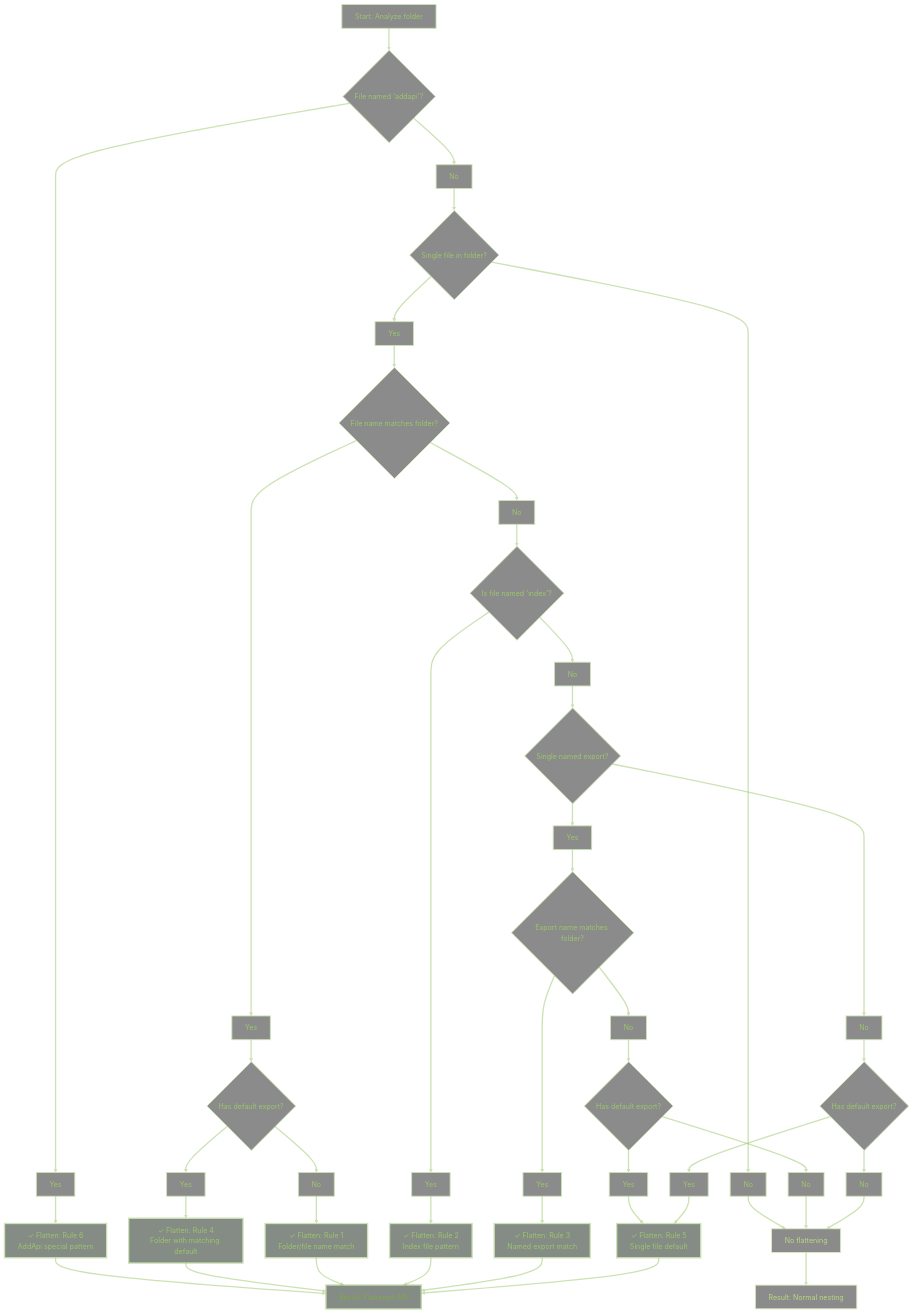
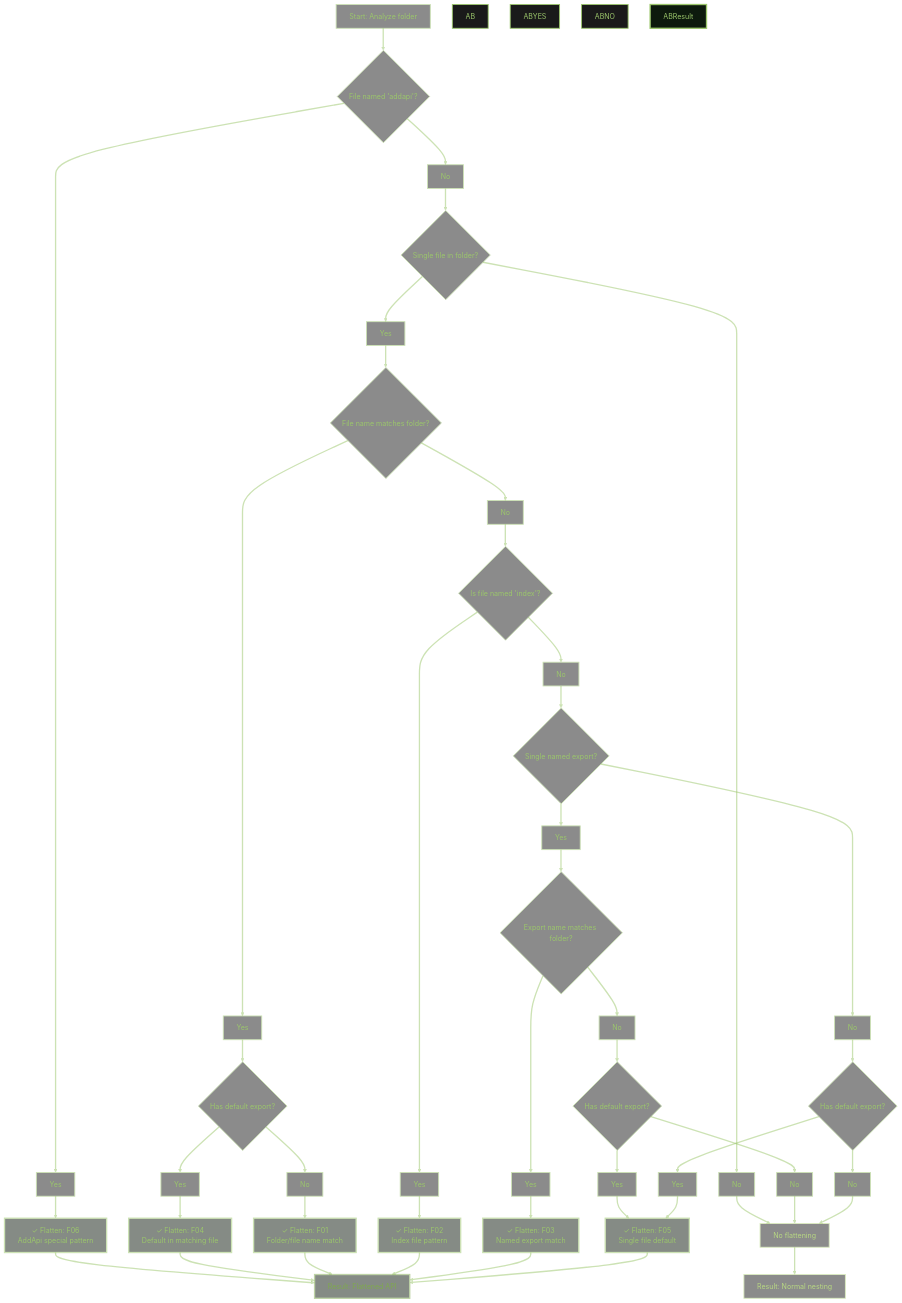
One commit to CLDMV/slothlet changed the diagram in docs/API-FLATTENING.md. Above: the diagram before and after it, drawn with Mermaid. The commit also changed other lines of this file and 2 other files, not shown here.

First line of the commit message:
docs: Comprehensive update to API documentation suite

````diff
--- a/docs/API-FLATTENING.md
+++ b/docs/API-FLATTENING.md
@@ -150,25 +342,25 @@
 ```mermaid
 flowchart TD
 	A[Start: Analyze folder] --> AA{File named 'addapi'?}
-	AA --> AAYES[Yes] --> AAResult[✓ Flatten: Rule 6<br/>AddApi special pattern]
+	AA --> AAYES[Yes] --> AAResult[✓ Flatten: F06<br/>AddApi special pattern]
 	AA --> AANO[No] --> B{Single file in folder?}
 
 	B --> BNO[No] --> Z[No flattening]
 	B --> BYES[Yes] --> C{File name matches folder?}
 
 	C --> CYES[Yes] --> D{Has default export?}
-	D --> DYES[Yes] --> E[✓ Flatten: Rule 4<br/>Folder with matching default]
-	D --> DNO[No] --> F[✓ Flatten: Rule 1<br/>Folder/file name match]
+	D --> DYES[Yes] --> E[✓ Flatten: F04<br/>Default in matching file]
+	D --> DNO[No] --> F[✓ Flatten: F01<br/>Folder/file name match]
 
 	C --> CNO[No] --> G{Is file named 'index'?}
-	G --> GYES[Yes] --> H[✓ Flatten: Rule 2<br/>Index file pattern]
+	G --> GYES[Yes] --> H[✓ Flatten: F02<br/>Index file pattern]
 	G --> GNO[No] --> I{Single named export?}
 
 	I --> IYES[Yes] --> J{Export name matches folder?}
-	J --> JYES[Yes] --> K[✓ Flatten: Rule 3<br/>Named export match]
+	J --> JYES[Yes] --> K[✓ Flatten: F03<br/>Named export match]
 	J --> JNO[No] --> L{Has default export?}
 
-	L --> LYES[Yes] --> M[✓ Flatten: Rule 5<br/>Single file default]
+	L --> LYES[Yes] --> M[✓ Flatten: F05<br/>Single file default]
 	L --> LNO[No] --> Z
 
 	I --> INO[No] --> N{Has default export?}
@@ -230,4 +422,53 @@
 
 	%% Arrow styling
 	linkStyle default stroke:#9BC66B,stroke-width:3px,opacity:0.5
+
+    %% Styling with slothlet brand colors (#9BC66B primary)
+    style A fill:#1a1a1a,stroke:#9BC66B,stroke-width:2px,color:#9BC66B
+    style AA fill:#1a1a1a,stroke:#9BC66B,stroke-width:2px,color:#9BC66B
+    style AB fill:#1a1a1a,stroke:#9BC66B,stroke-width:2px,color:#9BC66B
+    style B fill:#1a1a1a,stroke:#9BC66B,stroke-width:2px,color:#9BC66B
+    style C fill:#1a1a1a,stroke:#9BC66B,stroke-width:2px,color:#9BC66B
+    style D fill:#1a1a1a,stroke:#9BC66B,stroke-width:2px,color:#9BC66B
+    style G fill:#1a1a1a,stroke:#9BC66B,stroke-width:2px,color:#9BC66B
+    style I fill:#1a1a1a,stroke:#9BC66B,stroke-width:2px,color:#9BC66B
+    style J fill:#1a1a1a,stroke:#9BC66B,stroke-width:2px,color:#9BC66B
+    style L fill:#1a1a1a,stroke:#9BC66B,stroke-width:2px,color:#9BC66B
+    style N fill:#1a1a1a,stroke:#9BC66B,stroke-width:2px,color:#9BC66B
+
+    %% Decision nodes
+    style AAYES fill:#1a1a1a,stroke:#9BC66B,stroke-width:2px,color:#9BC66B
+    style AANO fill:#1a1a1a,stroke:#9BC66B,stroke-width:2px,color:#9BC66B
+    style ABYES fill:#1a1a1a,stroke:#9BC66B,stroke-width:2px,color:#9BC66B
+    style ABNO fill:#1a1a1a,stroke:#9BC66B,stroke-width:2px,color:#9BC66B
+    style BNO fill:#1a1a1a,stroke:#9BC66B,stroke-width:2px,color:#9BC66B
+    style BYES fill:#1a1a1a,stroke:#9BC66B,stroke-width:2px,color:#9BC66B
+    style CYES fill:#1a1a1a,stroke:#9BC66B,stroke-width:2px,color:#9BC66B
+    style CNO fill:#1a1a1a,stroke:#9BC66B,stroke-width:2px,color:#9BC66B
+    style DYES fill:#1a1a1a,stroke:#9BC66B,stroke-width:2px,color:#9BC66B
+    style DNO fill:#1a1a1a,stroke:#9BC66B,stroke-width:2px,color:#9BC66B
+    style GYES fill:#1a1a1a,stroke:#9BC66B,stroke-width:2px,color:#9BC66B
+    style GNO fill:#1a1a1a,stroke:#9BC66B,stroke-width:2px,color:#9BC66B
+    style IYES fill:#1a1a1a,stroke:#9BC66B,stroke-width:2px,color:#9BC66B
+    style INO fill:#1a1a1a,stroke:#9BC66B,stroke-width:2px,color:#9BC66B
+    style JYES fill:#1a1a1a,stroke:#9BC66B,stroke-width:2px,color:#9BC66B
+    style JNO fill:#1a1a1a,stroke:#9BC66B,stroke-width:2px,color:#9BC66B
+    style LYES fill:#1a1a1a,stroke:#9BC66B,stroke-width:2px,color:#9BC66B
+    style LNO fill:#1a1a1a,stroke:#9BC66B,stroke-width:2px,color:#9BC66B
+    style NYES fill:#1a1a1a,stroke:#9BC66B,stroke-width:2px,color:#9BC66B
+    style NNO fill:#1a1a1a,stroke:#9BC66B,stroke-width:2px,color:#9BC66B
+
+    %% Success states - primary green
+    style E fill:#0d1a0d,stroke:#9BC66B,stroke-width:3px,color:#9BC66B
+    style F fill:#0d1a0d,stroke:#9BC66B,stroke-width:3px,color:#9BC66B
+    style H fill:#0d1a0d,stroke:#9BC66B,stroke-width:3px,color:#9BC66B
+    style K fill:#0d1a0d,stroke:#9BC66B,stroke-width:3px,color:#9BC66B
+    style M fill:#0d1a0d,stroke:#9BC66B,stroke-width:3px,color:#9BC66B
+    style AAResult fill:#0d1a0d,stroke:#9BC66B,stroke-width:3px,color:#9BC66B
+    style ABResult fill:#0d1a0d,stroke:#9BC66B,stroke-width:3px,color:#9BC66B
+
+    %% Results - accent colors
+    style O fill:#0d1a0d,stroke:#7FA94F,stroke-width:3px,color:#7FA94F
+    style P fill:#1a1a1a,stroke:#B8D982,stroke-width:2px,color:#B8D982
+    style Z fill:#1a1a1a,stroke:#B8D982,stroke-width:2px,color:#B8D982
 ```
````
